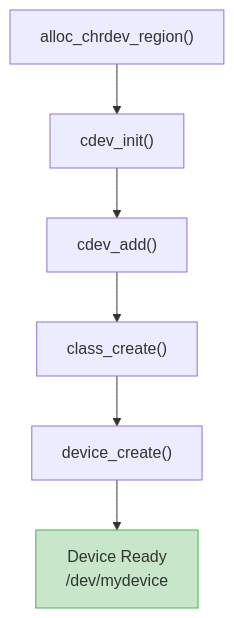
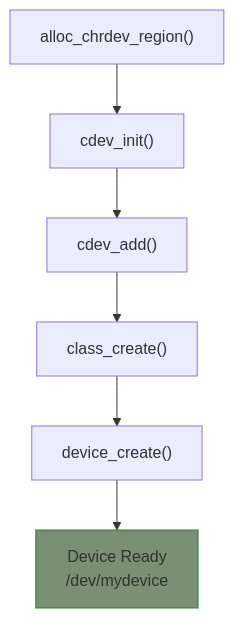
One commit to MichaelTien8901/linux-driver-guide-tutorial changed the diagram in part3/03-cdev-registration.md. Above: the diagram before and after it, drawn with Mermaid. The commit also changed 36 other files, not shown here.

Commit message:
Fix mermaid diagram colors to use consistent paper-like theme

````diff
--- a/part3/03-cdev-registration.md
+++ b/part3/03-cdev-registration.md
@@ -30,10 +30,10 @@
 ```mermaid
 flowchart TD
     A["alloc_chrdev_region()"] --> B["cdev_init()"]
     B --> C["cdev_add()"]
     C --> D["class_create()"]
     D --> E["device_create()"]
     E --> F["Device Ready<br/>/dev/mydevice"]
 
-    style F fill:#c8e6c9,stroke:#4caf50
+    style F fill:#7a8f73,stroke:#2e7d32
 ```
````
